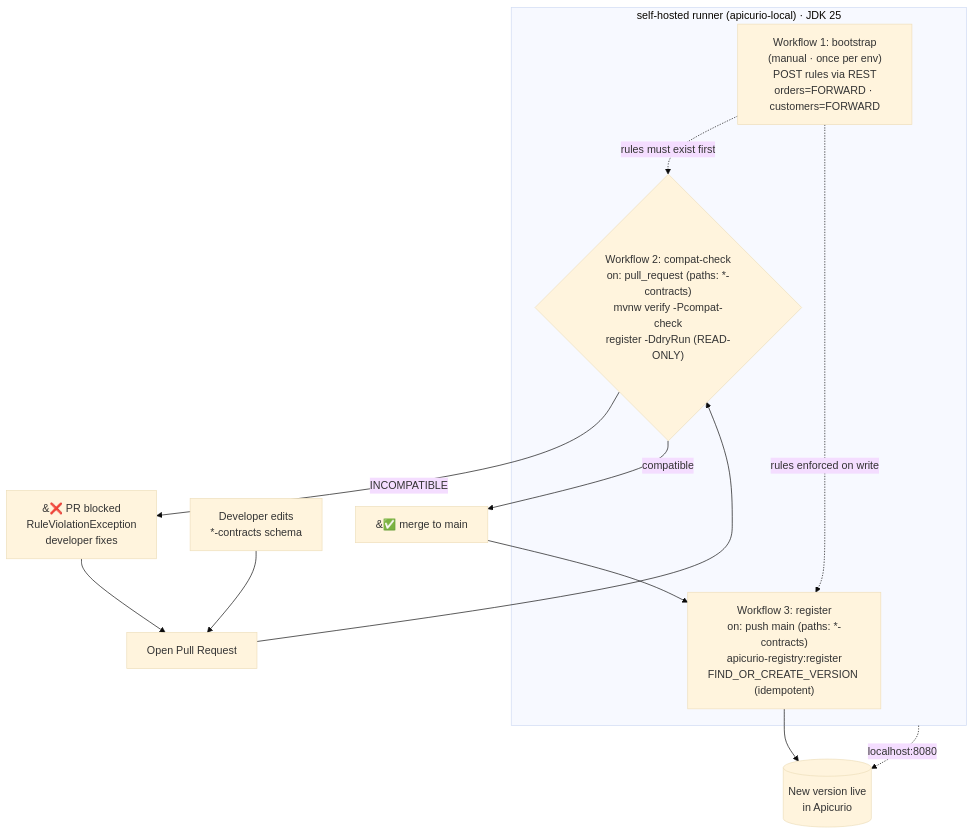
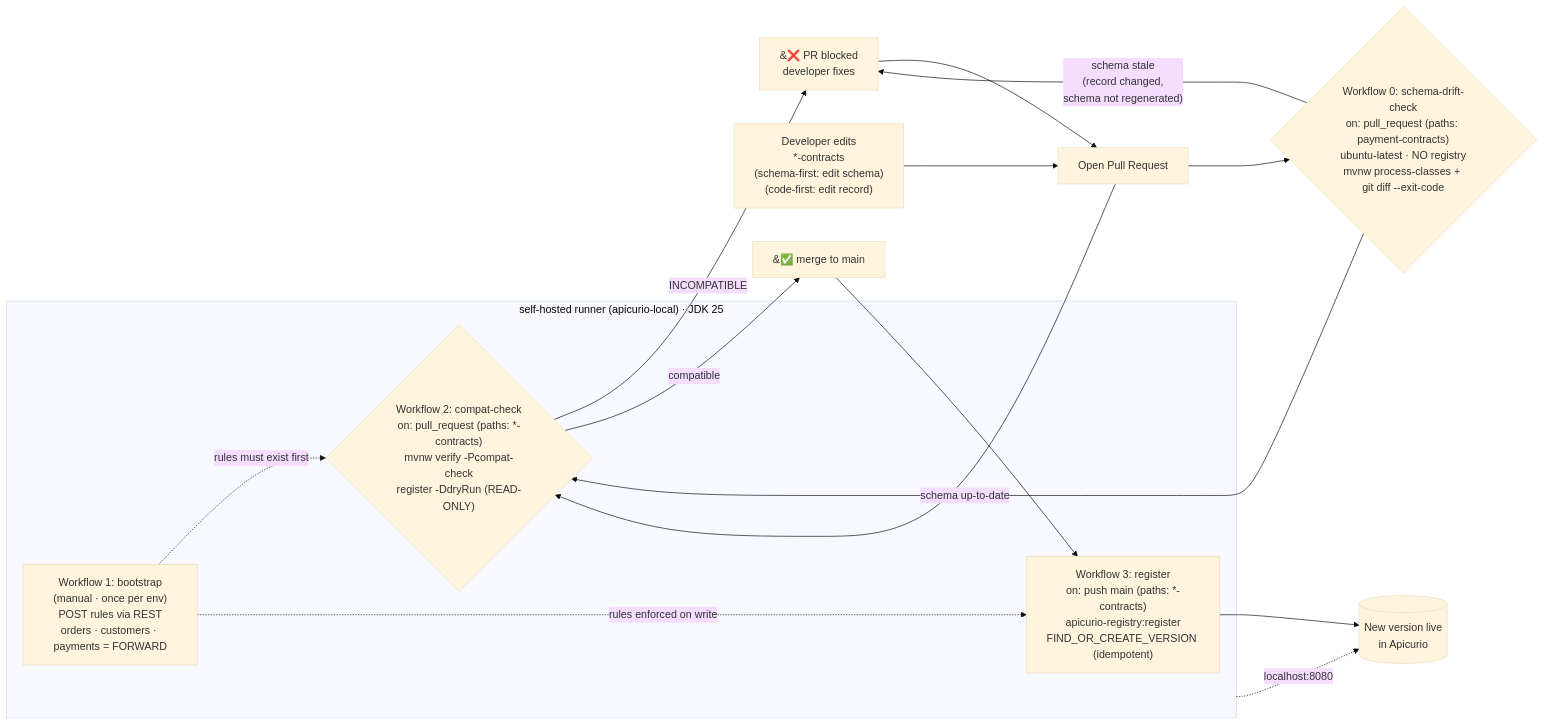
The diagram in docs/presentation/diagrams/d3-ci-pipeline.mmd (anarefin/schema-registry-demo), drawn with Mermaid (base theme) before and after one commit. The commit also changed 14 other files, not shown here.

First line of the commit message:
feat(schema-drift-check): implement GitHub Actions workflow for schema drift detection

```diff
--- a/docs/presentation/diagrams/d3-ci-pipeline.mmd
+++ b/docs/presentation/diagrams/d3-ci-pipeline.mmd
@@ -1,20 +1,23 @@
-flowchart TB
-    boot["Workflow 1: bootstrap<br/>(manual · once per env)<br/>POST rules via REST<br/>orders=FORWARD · customers=FORWARD"]
+flowchart LR
+    boot["Workflow 1: bootstrap<br/>(manual · once per env)<br/>POST rules via REST<br/>orders · customers · payments = FORWARD"]
 
-    dev["Developer edits<br/>*-contracts schema"] --> pr["Open Pull Request"]
+    dev["Developer edits<br/>*-contracts<br/>(schema-first: edit schema)<br/>(code-first: edit record)"] --> pr["Open Pull Request"]
+    pr --> drift{"Workflow 0: schema-drift-check<br/>on: pull_request (paths: payment-contracts)<br/>ubuntu-latest · NO registry<br/>mvnw process-classes + git diff --exit-code"}
+    drift -->|"schema stale<br/>(record changed,<br/>schema not regenerated)"| blocked
+    drift -->|"schema up-to-date"| cc
     pr --> cc{"Workflow 2: compat-check<br/>on: pull_request (paths: *-contracts)<br/>mvnw verify -Pcompat-check<br/>register -DdryRun (READ-ONLY)"}
-    cc -->|INCOMPATIBLE| blocked["&#10060; PR blocked<br/>RuleViolationException<br/>developer fixes"]
+    cc -->|INCOMPATIBLE| blocked["&#10060; PR blocked<br/>developer fixes"]
     blocked --> pr
     cc -->|compatible| merge["&#9989; merge to main"]
     merge --> reg["Workflow 3: register<br/>on: push main (paths: *-contracts)<br/>apicurio-registry:register<br/>FIND_OR_CREATE_VERSION (idempotent)"]
     reg --> live[("New version live<br/>in Apicurio")]
 
     boot -. "rules must exist first" .-> cc
     boot -. "rules enforced on write" .-> reg
 
     subgraph runner["self-hosted runner (apicurio-local) · JDK 25"]
         cc
         reg
         boot
     end
     runner -. "localhost:8080" .-> live
```
